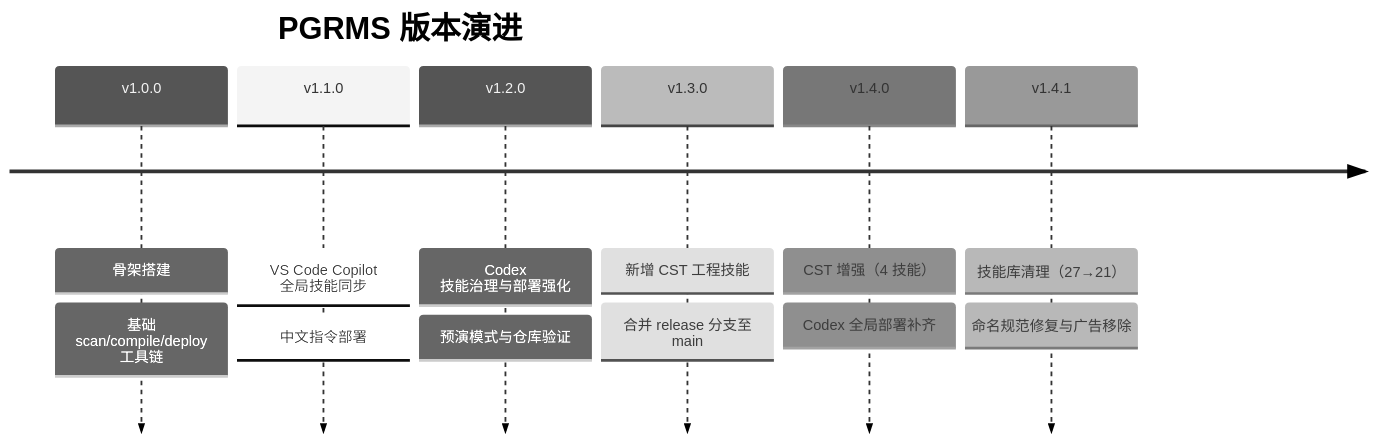
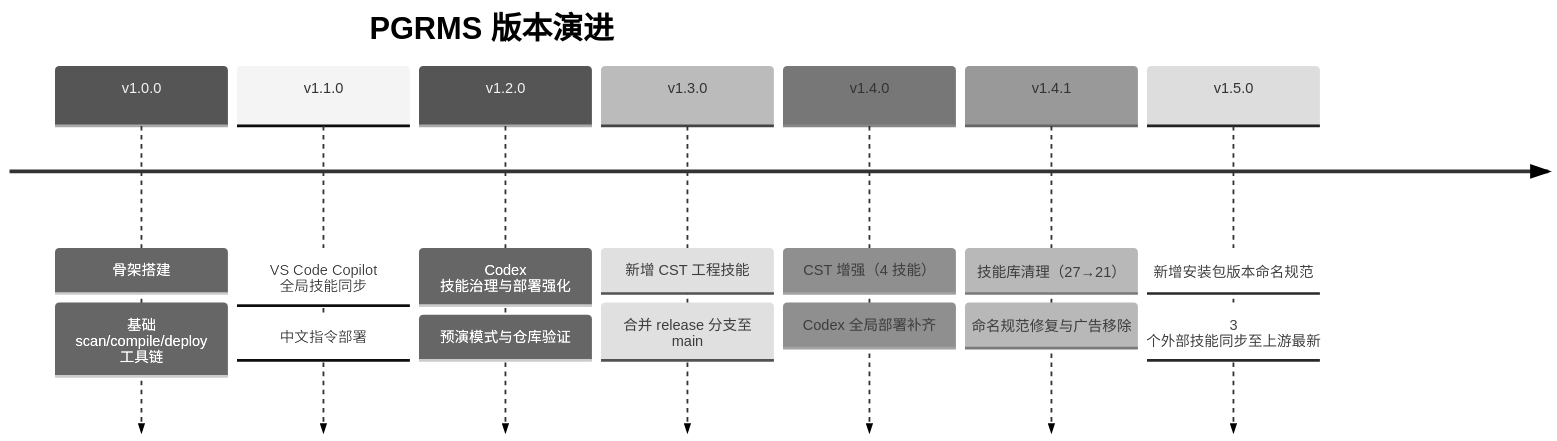
Before and after one commit to cr20085361/my_ai_skills: the third of 3 diagrams in README.md, drawn with Mermaid (neutral theme). The commit also changed other lines of this file, not shown here.

````diff
--- a/README.md
+++ b/README.md
@@ -74,16 +74,18 @@
 ```mermaid
 timeline
     title PGRMS 版本演进
     v1.0.0 : 骨架搭建
            : 基础 scan/compile/deploy 工具链
     v1.1.0 : VS Code Copilot 全局技能同步
            : 中文指令部署
     v1.2.0 : Codex 技能治理与部署强化
            : 预演模式与仓库验证
     v1.3.0 : 新增 CST 工程技能
            : 合并 release 分支至 main
     v1.4.0 : CST 增强（4 技能）
            : Codex 全局部署补齐
     v1.4.1 : 技能库清理（27→21）
            : 命名规范修复与广告移除
+    v1.5.0 : 新增安装包版本命名规范
+           : 3 个外部技能同步至上游最新
 ```
````
